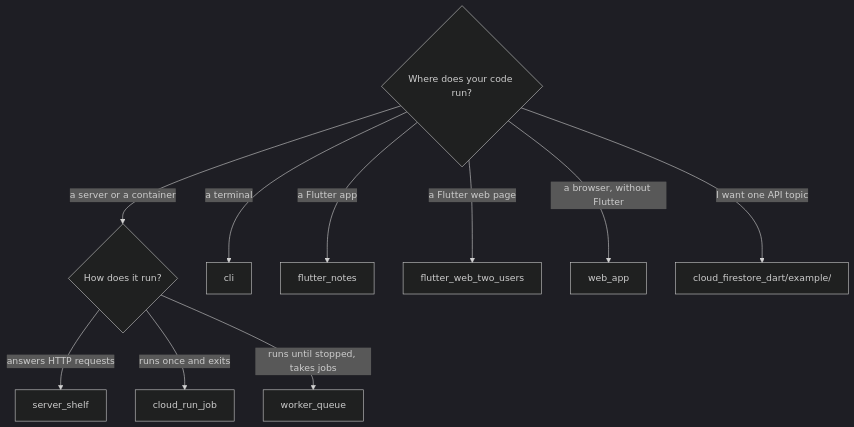
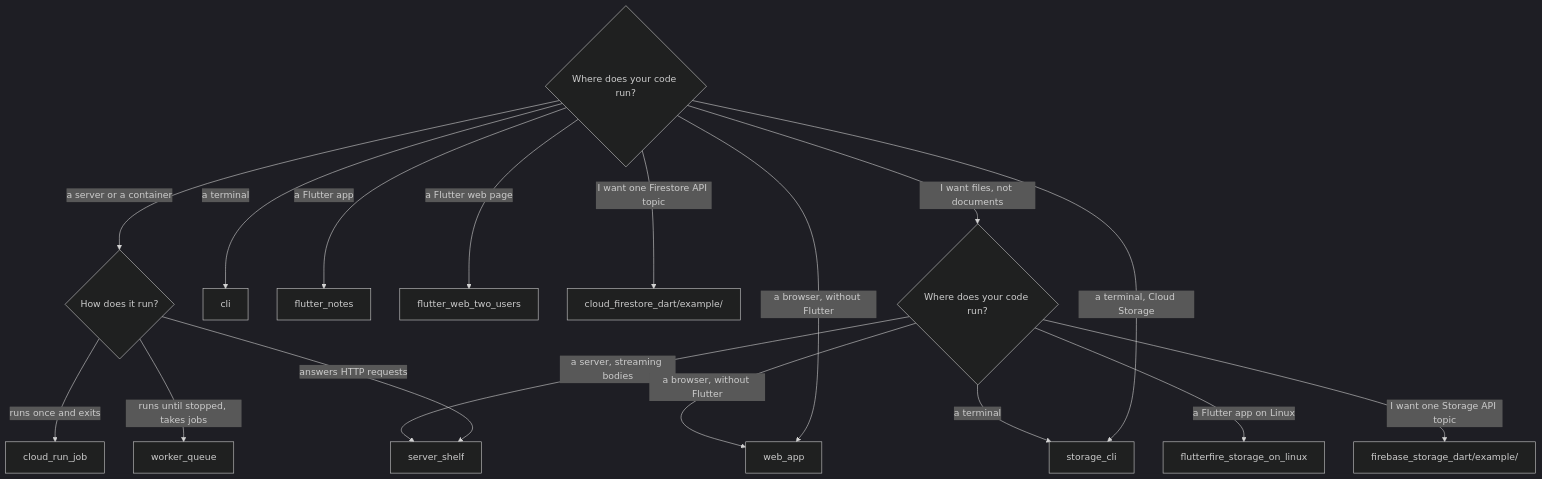
The diagram in examples/README.md (long1eu/firebase_dart_sdk), drawn with Mermaid (dark theme) before and after one commit. The commit also changed other lines of this file and 291 other files, not shown here.

First line of the commit message:
Add firebase_storage_dart, a pure-Dart Cloud Storage client, and its firebase_storage shim (#120)

````diff
--- a/examples/README.md
+++ b/examples/README.md
@@ -21,13 +23,20 @@
 ```mermaid
 flowchart TD
   start{"Where does your code run?"}
   start -- "a server or a container" --> serverKind{"How does it run?"}
   serverKind -- "answers HTTP requests" --> serverShelf["server_shelf"]
   serverKind -- "runs once and exits" --> cloudRunJob["cloud_run_job"]
   serverKind -- "runs until stopped, takes jobs" --> workerQueue["worker_queue"]
   start -- "a terminal" --> cli["cli"]
+  start -- "a terminal, Cloud Storage" --> storageCli["storage_cli"]
   start -- "a Flutter app" --> flutterNotes["flutter_notes"]
   start -- "a Flutter web page" --> flutterWeb["flutter_web_two_users"]
   start -- "a browser, without Flutter" --> webApp["web_app"]
-  start -- "I want one API topic" --> apiExamples["cloud_firestore_dart/example/"]
+  start -- "I want one Firestore API topic" --> apiExamples["cloud_firestore_dart/example/"]
+  start -- "I want files, not documents" --> storageKind{"Where does your code run?"}
+  storageKind -- "a server, streaming bodies" --> serverShelf
+  storageKind -- "a browser, without Flutter" --> webApp
+  storageKind -- "a Flutter app on Linux" --> flutterStorage["flutterfire_storage_on_linux"]
+  storageKind -- "a terminal" --> storageCli
+  storageKind -- "I want one Storage API topic" --> storageExamples["firebase_storage_dart/example/"]
 ```
````
